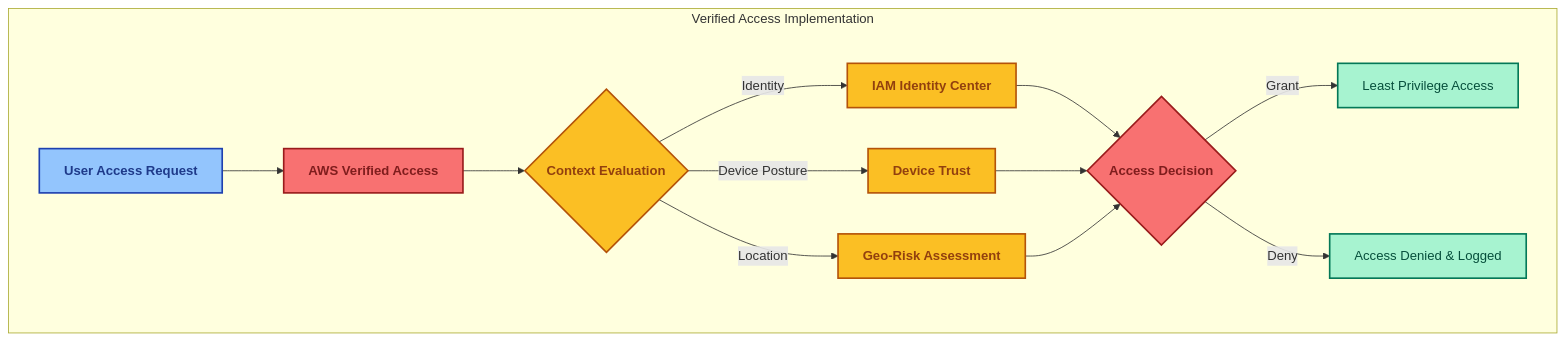
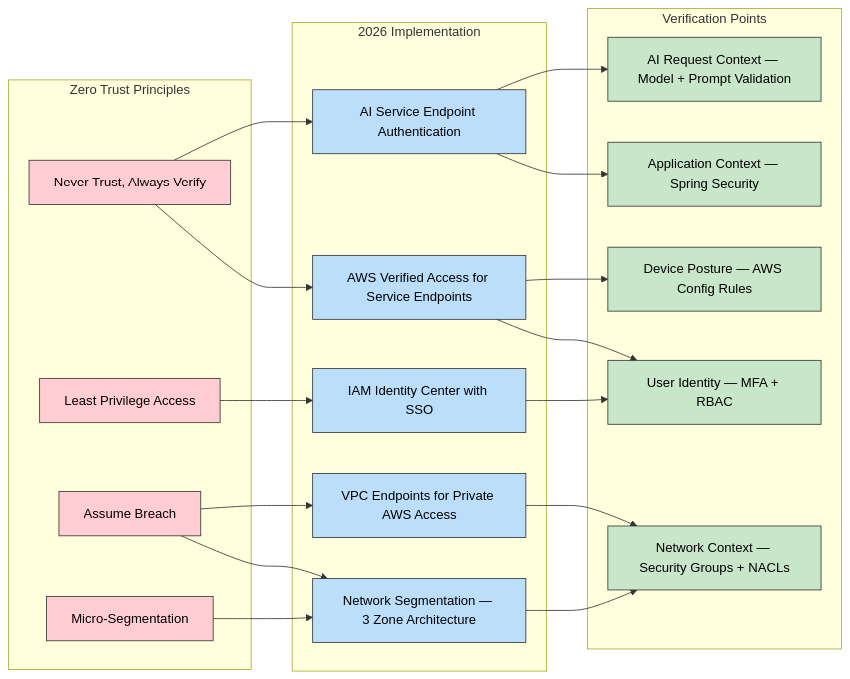
The second of 6 diagrams in FUTURE_SECURITY_ARCHITECTURE.md (Hack23/cia), drawn with Mermaid before and after one commit. The commit also changed other lines of this file and 1 other file, not shown here.

Commit message:
docs: update FUTURE_WORKFLOWS and FUTURE_SECURITY_ARCHITECTURE with 2026-2037 roadmap

````diff
--- a/FUTURE_SECURITY_ARCHITECTURE.md
+++ b/FUTURE_SECURITY_ARCHITECTURE.md
@@ -340,28 +121,44 @@
 ```mermaid
-flowchart TD
-    subgraph "Verified Access Implementation"
-        A[User Access Request] --> B[AWS Verified Access]
-        
-        B --> C{Context Evaluation}
-        
-        C -->|Identity| D[IAM Identity Center]
-        C -->|Device Posture| E[Device Trust]
-        C -->|Location| F[Geo-Risk Assessment]
-        
-        D & E & F --> G{Access Decision}
-        
-        G -->|Grant| H[Least Privilege Access]
-        G -->|Deny| I[Access Denied & Logged]
+flowchart LR
+    subgraph "Zero Trust Principles"
+        ZT1[Never Trust, Always Verify]
+        ZT2[Least Privilege Access]
+        ZT3[Assume Breach]
+        ZT4[Micro-Segmentation]
     end
-    
-    %% Styling
-    classDef user fill:#93c5fd,stroke:#1e40af,stroke-width:2px,color:#1e3a8a,font-weight:bold
-    classDef access fill:#f87171,stroke:#991b1b,stroke-width:2px,color:#7f1d1d,font-weight:bold
-    classDef context fill:#fbbf24,stroke:#b45309,stroke-width:2px,color:#92400e,font-weight:bold
-    classDef decision fill:#a7f3d0,stroke:#047857,stroke-width:2px,color:#064e3b
-    
-    class A user
-    class B,G access
-    class C,D,E,F context
-    class H,I decision
+
+    subgraph "2026 Implementation"
+        I1[AWS Verified Access for Service Endpoints]
+        I2[IAM Identity Center with SSO]
+        I3[Network Segmentation — 3 Zone Architecture]
+        I4[VPC Endpoints for Private AWS Access]
+        I5[AI Service Endpoint Authentication]
+    end
+
+    subgraph "Verification Points"
+        V1[User Identity — MFA + RBAC]
+        V2[Device Posture — AWS Config Rules]
+        V3[Network Context — Security Groups + NACLs]
+        V4[Application Context — Spring Security]
+        V5[AI Request Context — Model + Prompt Validation]
+    end
+
+    ZT1 --> I1 & I5
+    ZT2 --> I2
+    ZT3 --> I3 & I4
+    ZT4 --> I3
+
+    I1 --> V1 & V2
+    I2 --> V1
+    I3 --> V3
+    I4 --> V3
+    I5 --> V4 & V5
+
+    classDef zt fill:#ffcdd2,stroke:#333,stroke-width:1px,color:black
+    classDef impl fill:#bbdefb,stroke:#333,stroke-width:1px,color:black
+    classDef verify fill:#c8e6c9,stroke:#333,stroke-width:1px,color:black
+
+    class ZT1,ZT2,ZT3,ZT4 zt
+    class I1,I2,I3,I4,I5 impl
+    class V1,V2,V3,V4,V5 verify
 ```
````
